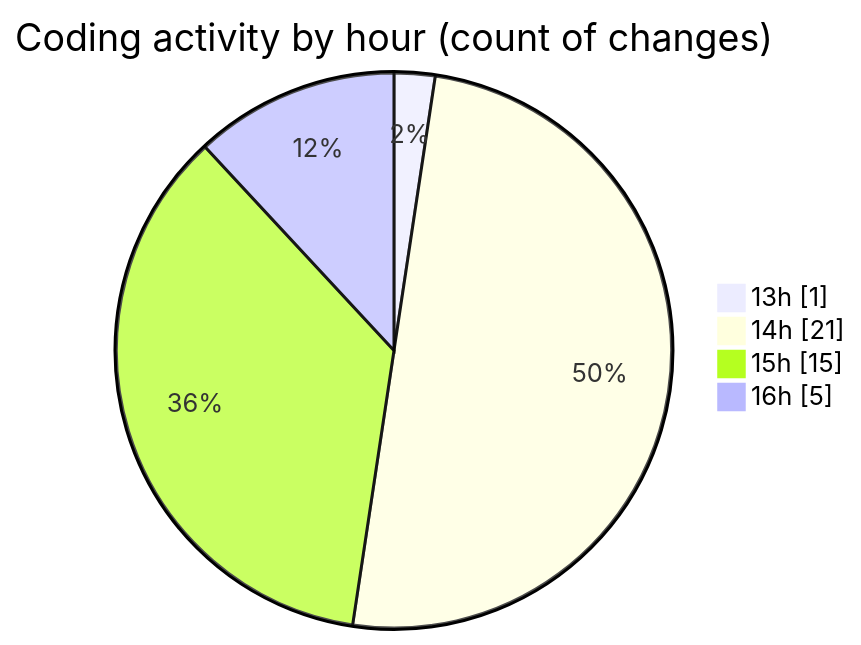
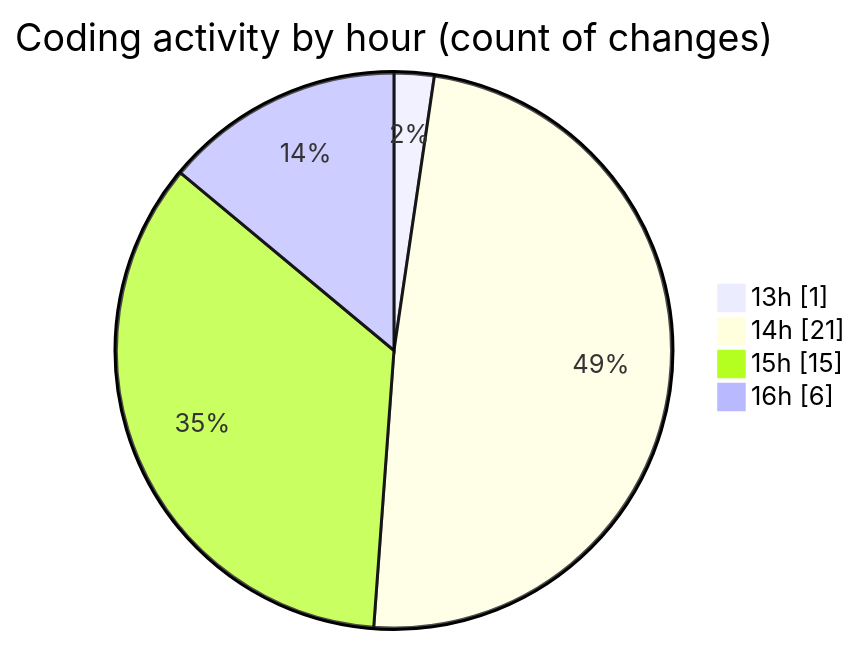
One commit to idhammustaqopulfikri/code-tracking changed the second of 2 diagrams in 2025-11-01/futsal_rekomendasi/README.md. Above: the diagram before and after it, drawn with Mermaid. The commit also changed other lines of this file and 1 other file, not shown here.

````diff
--- a/2025-11-01/futsal_rekomendasi/README.md
+++ b/2025-11-01/futsal_rekomendasi/README.md
@@ -43,8 +44,8 @@
 ```mermaid
 pie showData
 title Coding activity by hour (count of changes)
 "13h" : 1
 "14h" : 21
 "15h" : 15
-"16h" : 5
+"16h" : 6
 ```
````
